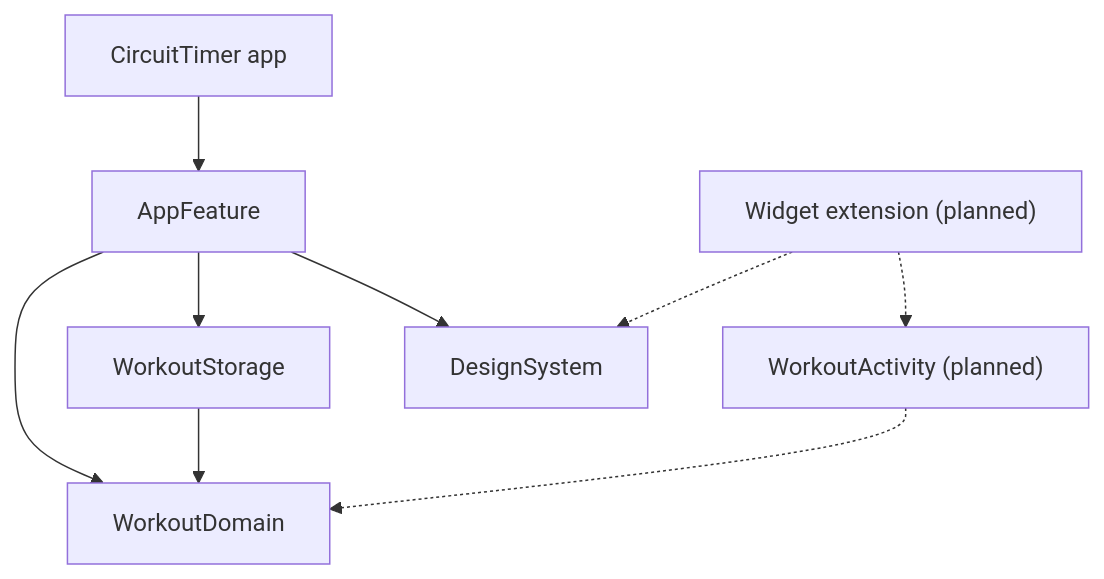
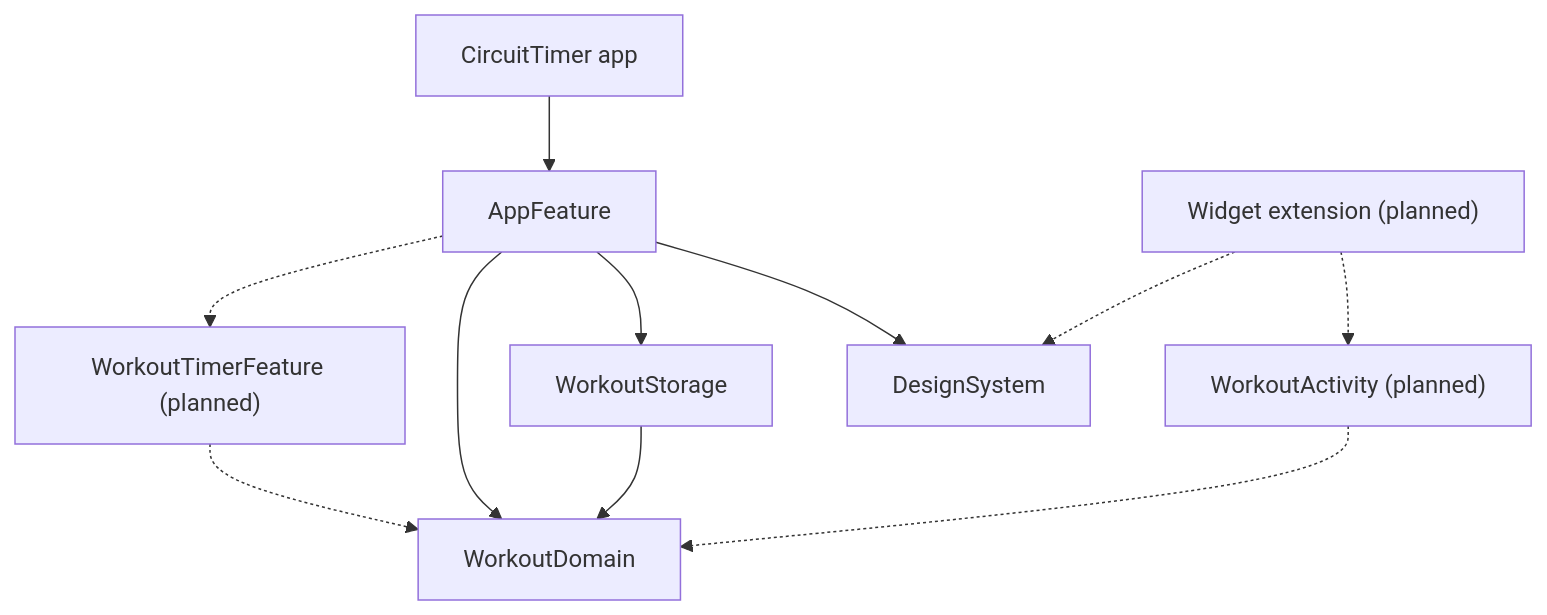
One commit to akrementsov/CircuitTimer changed the diagram in README.md. Above: the diagram before and after it, drawn with Mermaid. The commit also changed other lines of this file and 3 other files, not shown here.

````diff
--- a/README.md
+++ b/README.md
@@ -22,11 +22,13 @@
 ```mermaid
 graph TD
     App["CircuitTimer app"] --> AppFeature
     AppFeature --> DesignSystem
     AppFeature --> WorkoutStorage
     AppFeature --> WorkoutDomain
     WorkoutStorage --> WorkoutDomain
+    AppFeature -.-> WorkoutTimerFeature["WorkoutTimerFeature (planned)"]
+    WorkoutTimerFeature -.-> WorkoutDomain
     Widget["Widget extension (planned)"] -.-> WorkoutActivity["WorkoutActivity (planned)"]
     Widget -.-> DesignSystem
     WorkoutActivity -.-> WorkoutDomain
 ```
````
